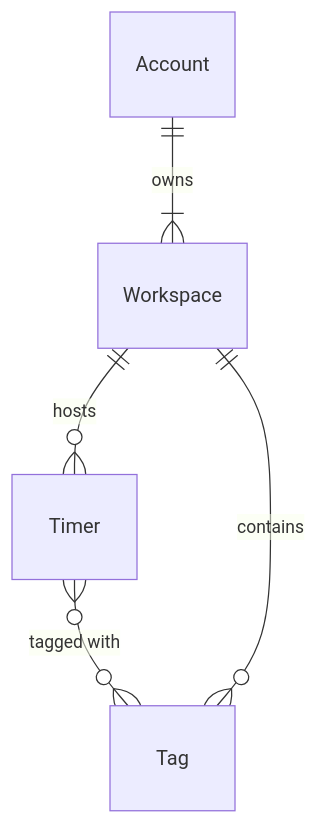
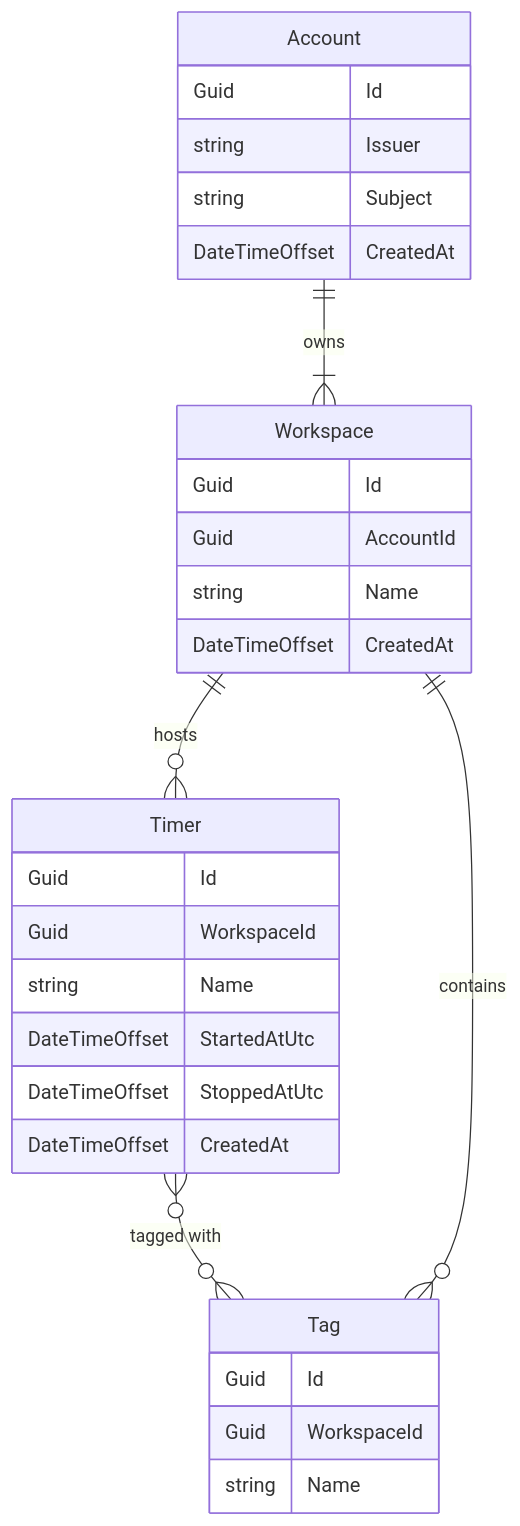
The diagram in README.md (basp/kairos), drawn with Mermaid before and after one commit. The commit also changed other lines of this file, not shown here.

````diff
--- a/README.md
+++ b/README.md
@@ -11,7 +11,36 @@
 ```mermaid
 erDiagram
     Account ||--|{ Workspace : "owns"
     Workspace ||--o{ Timer : "hosts"
     Timer }o--o{ Tag : "tagged with"
     Workspace ||--o{ Tag : "contains"
+
+    Account {
+        Guid Id
+        string Issuer
+        string Subject
+        DateTimeOffset CreatedAt
+    }
+
+    Workspace {
+        Guid Id
+        Guid AccountId
+        string Name
+        DateTimeOffset CreatedAt
+    }
+
+    Timer {
+        Guid Id
+        Guid WorkspaceId
+        string Name
+        DateTimeOffset StartedAtUtc
+        DateTimeOffset StoppedAtUtc
+        DateTimeOffset CreatedAt
+    }
+
+    Tag {
+        Guid Id
+        Guid WorkspaceId
+        string Name
+    }
 ```
````
